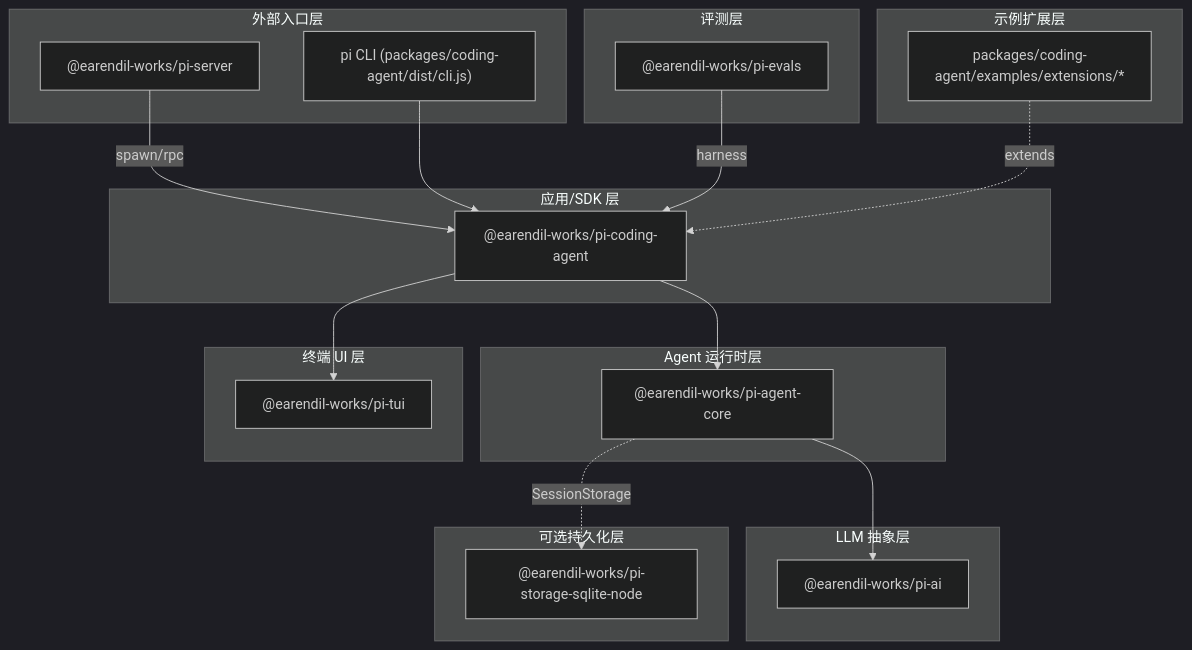
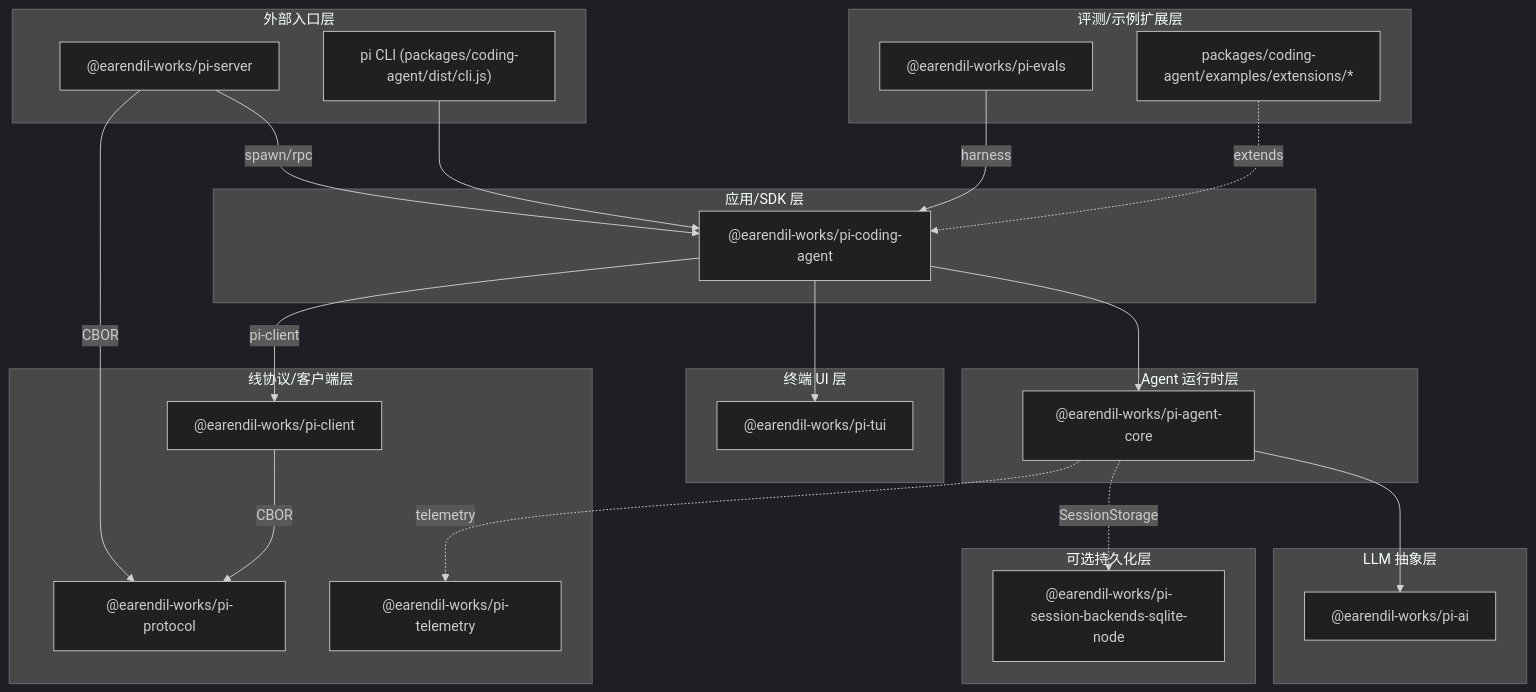
The second of 7 diagrams in docs/architecture.md (jefby/pi), drawn with Mermaid (dark theme) before and after one commit. The commit also changed other lines of this file, not shown here.

First line of the commit message:
docs(agent): reflect pi 2.0 architecture - protocol/client/telemetry/session-backends packages

````diff
--- a/docs/architecture.md
+++ b/docs/architecture.md
@@ -76,44 +83,51 @@
 ```mermaid
 flowchart TB
     subgraph Layer7["外部入口层"]
         ServerPkg["@earendil-works/pi-server"]
         CodingAgentCli["pi CLI (packages/coding-agent/dist/cli.js)"]
     end
 
     subgraph Layer6["应用/SDK 层"]
         CodingAgent["@earendil-works/pi-coding-agent"]
     end
 
     subgraph Layer5["Agent 运行时层"]
         AgentCore["@earendil-works/pi-agent-core"]
     end
 
     subgraph Layer4["LLM 抽象层"]
         AI["@earendil-works/pi-ai"]
     end
 
     subgraph Layer3["终端 UI 层"]
         TUI["@earendil-works/pi-tui"]
     end
 
-    subgraph Layer2["可选持久化层"]
-        Storage["@earendil-works/pi-storage-sqlite-node"]
+    subgraph Layer2["线协议/客户端层"]
+        Protocol["@earendil-works/pi-protocol"]
+        Client["@earendil-works/pi-client"]
+        Telemetry["@earendil-works/pi-telemetry"]
     end
 
-    subgraph Layer1["评测层"]
-        Evals["@earendil-works/pi-evals"]
+    subgraph Layer1["可选持久化层"]
+        Storage["@earendil-works/pi-session-backends-sqlite-node"]
     end
 
-    subgraph Layer0["示例扩展层"]
+    subgraph Layer0["评测/示例扩展层"]
+        Evals["@earendil-works/pi-evals"]
         Examples["packages/coding-agent/examples/extensions/*"]
     end
 
     ServerPkg -->|spawn/rpc| CodingAgent
     CodingAgentCli --> CodingAgent
     CodingAgent --> AgentCore
     CodingAgent --> TUI
     AgentCore --> AI
+    ServerPkg -->|CBOR| Protocol
+    Client -->|CBOR| Protocol
+    CodingAgent -->|pi-client| Client
     AgentCore -.->|SessionStorage| Storage
+    AgentCore -.->|telemetry| Telemetry
     Evals -->|harness| CodingAgent
     Examples -.->|extends| CodingAgent
 ```
````
